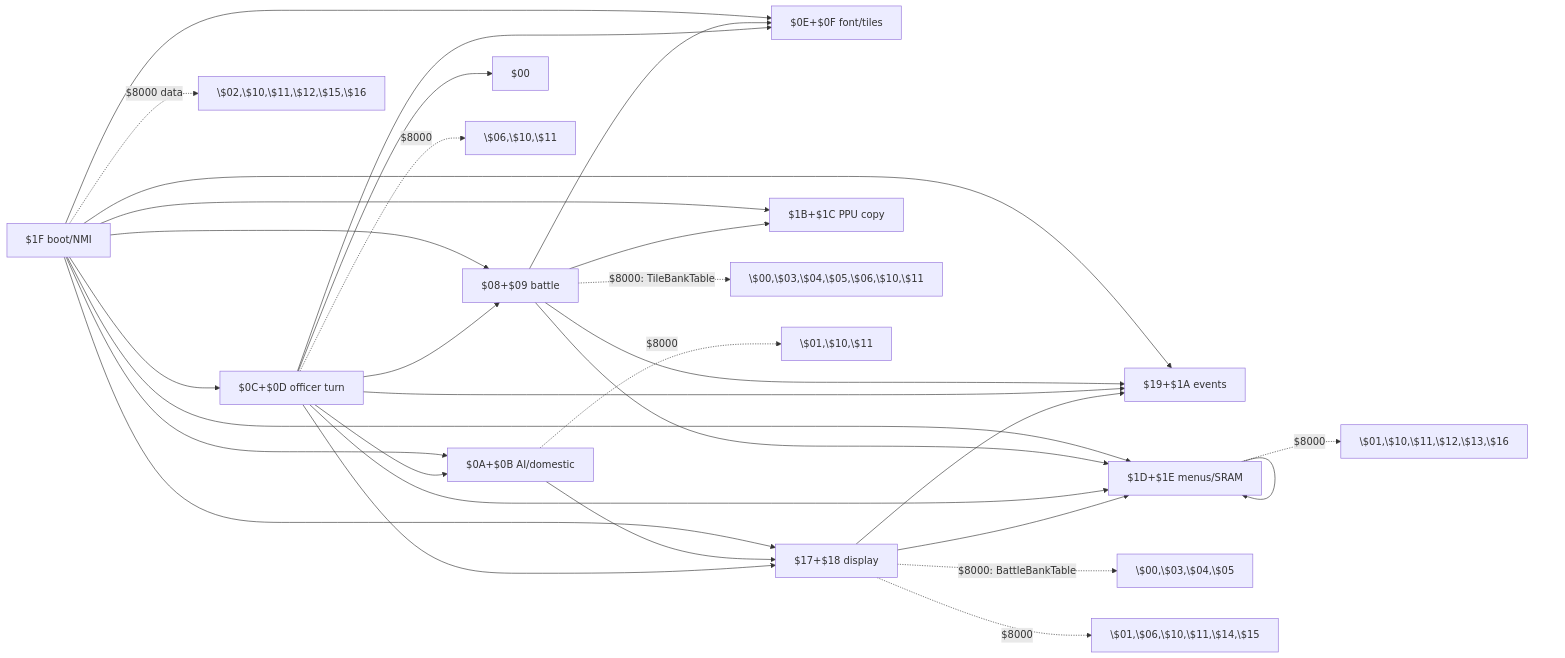
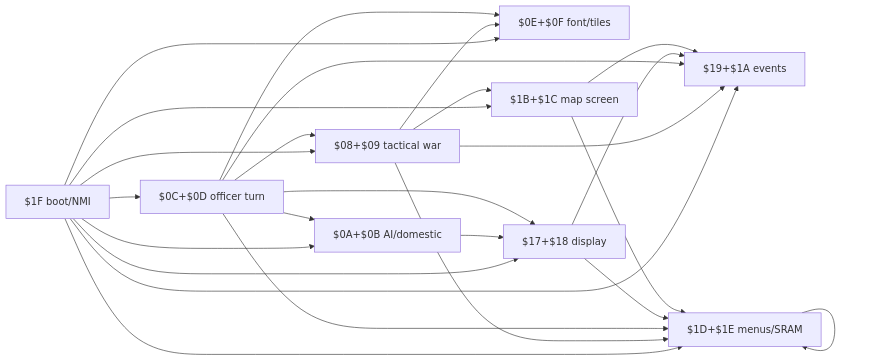
The first of 2 diagrams in code/bank_switch_map.md (rabbyzero/sango2dasm), drawn with Mermaid before and after one commit. The commit also changed other lines of this file and 45 other files, not shown here.

````diff
--- a/code/bank_switch_map.md
+++ b/code/bank_switch_map.md
@@ -295,38 +372,33 @@
 ```mermaid
 graph LR
-  B1F["$1F boot/NMI"] --> B08["$08+$09 battle"]
+  B1F["$1F boot/NMI"] --> B08["$08+$09 tactical war"]
   B1F --> B0A["$0A+$0B AI/domestic"]
   B1F --> B0C["$0C+$0D officer turn"]
   B1F --> B0E["$0E+$0F font/tiles"]
   B1F --> B17["$17+$18 display"]
   B1F --> B19["$19+$1A events"]
-  B1F --> B1B["$1B+$1C PPU copy"]
+  B1F --> B1B["$1B+$1C map screen"]
   B1F --> B1D["$1D+$1E menus/SRAM"]
-  B1F -. "$8000 data" .-> D1["\$02,\$10,\$11,\$12,\$15,\$16"]
 
   B08 --> B0E
+  B08 --> B19
   B08 --> B1B
   B08 --> B1D
-  B08 --> B19
-  B08 -. "$8000: TileBankTable" .-> D2["\$00,\$03,\$04,\$05,\$06,\$10,\$11"]
 
   B0A --> B17
-  B0A -. "$8000" .-> D3["\$01,\$10,\$11"]
 
-  B0C --> B00["$00"]
   B0C --> B08
   B0C --> B0A
   B0C --> B0E
   B0C --> B17
   B0C --> B19
   B0C --> B1D
-  B0C -. "$8000" .-> D4["\$06,\$10,\$11"]
 
   B17 --> B19
   B17 --> B1D
-  B17 -. "$8000: BattleBankTable" .-> D5["\$00,\$03,\$04,\$05"]
-  B17 -. "$8000" .-> D6["\$01,\$06,\$10,\$11,\$14,\$15"]
+
+  B1B --> B19
+  B1B --> B1D
 
   B1D --> B1D
-  B1D -. "$8000" .-> D7["\$01,\$10,\$11,\$12,\$13,\$16"]
 ```
````
